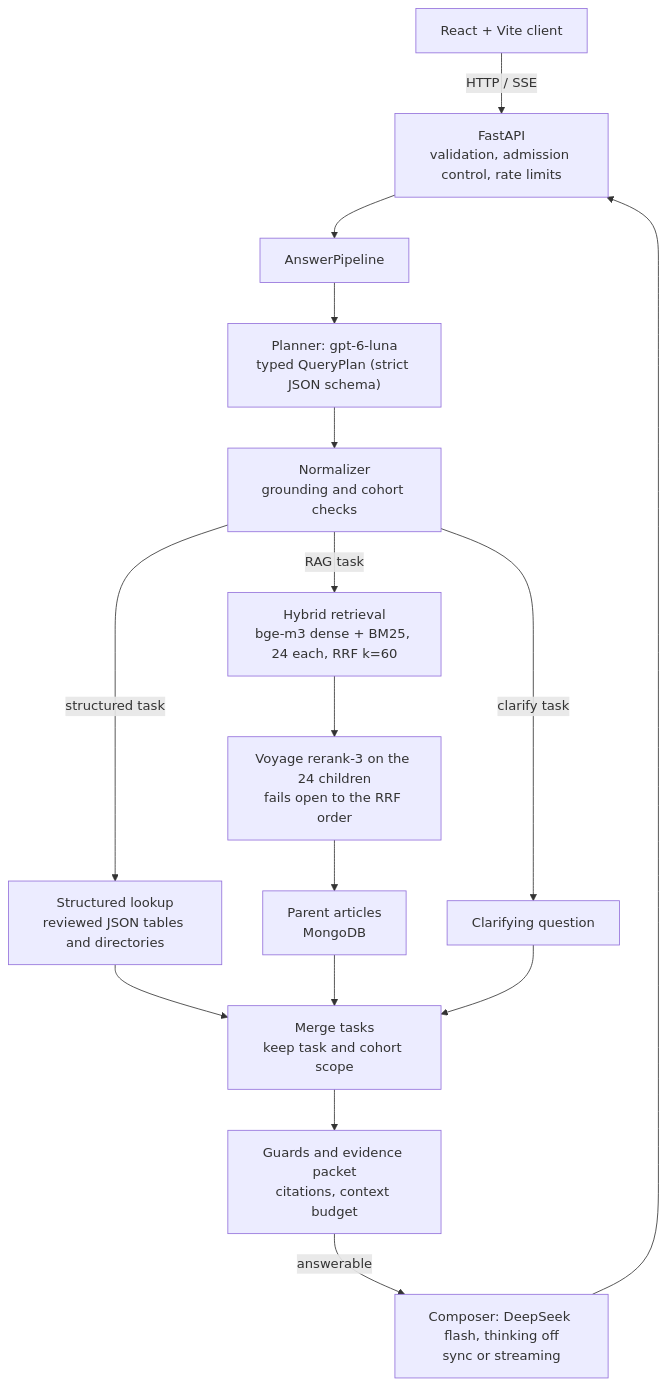
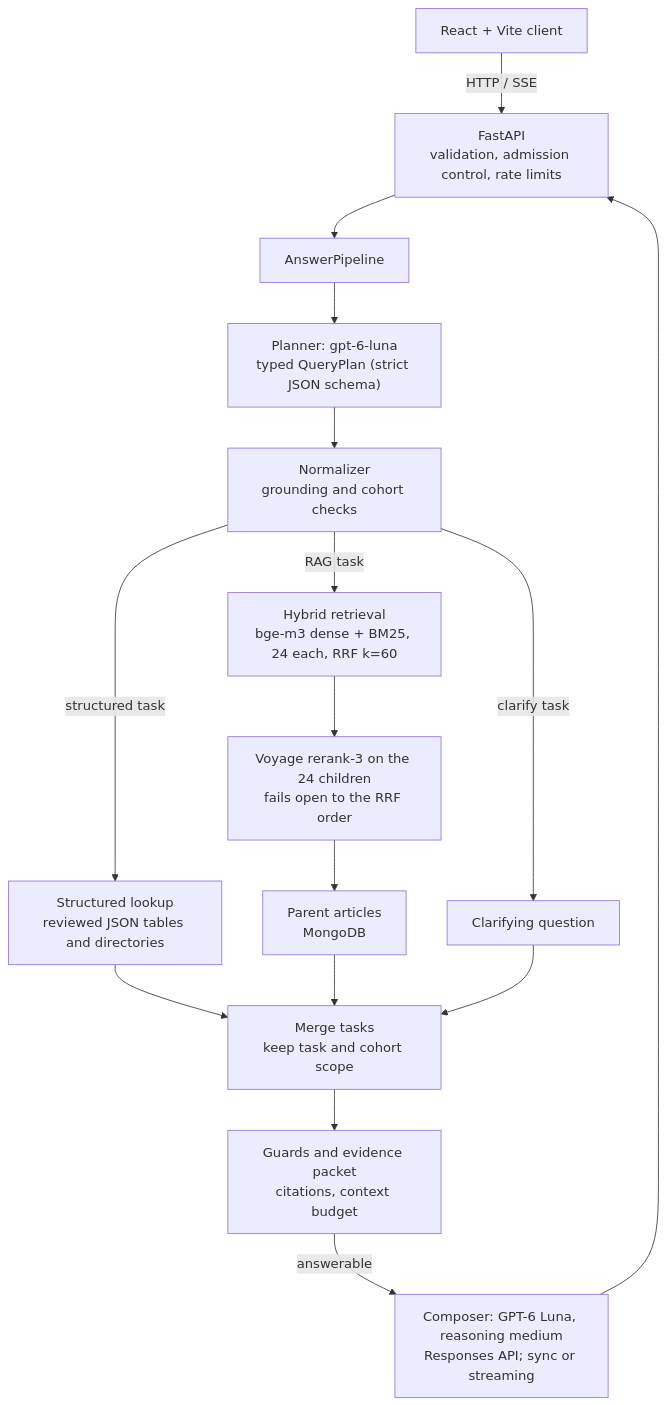
The first of 7 diagrams in README.md (AnhPhiNe/student-handbook-rag-chatbot), drawn with Mermaid before and after one commit. The commit also changed other lines of this file and 11 other files, not shown here.

First line of the commit message:
feat(composer): use Luna medium while preserving catalog referrals

````diff
--- a/README.md
+++ b/README.md
@@ -75,18 +75,18 @@
 ```mermaid
 flowchart TD
     UI["React + Vite client"] -->|"HTTP / SSE"| API["FastAPI<br/>validation, admission control, rate limits"]
     API --> Pipeline["AnswerPipeline"]
     Pipeline --> Planner["Planner: gpt-6-luna<br/>typed QueryPlan (strict JSON schema)"]
     Planner --> Normalizer["Normalizer<br/>grounding and cohort checks"]
     Normalizer -->|structured task| Lookup["Structured lookup<br/>reviewed JSON tables and directories"]
     Normalizer -->|RAG task| Retrieve["Hybrid retrieval<br/>bge-m3 dense + BM25, 24 each, RRF k=60"]
     Normalizer -->|clarify task| Clarify["Clarifying question"]
     Retrieve --> Rerank["Voyage rerank-3 on the 24 children<br/>fails open to the RRF order"]
     Rerank --> Parents["Parent articles<br/>MongoDB"]
     Lookup --> Merge["Merge tasks<br/>keep task and cohort scope"]
     Parents --> Merge
     Clarify --> Merge
     Merge --> Packet["Guards and evidence packet<br/>citations, context budget"]
-    Packet -->|answerable| Composer["Composer: DeepSeek flash, thinking off<br/>sync or streaming"]
+    Packet -->|answerable| Composer["Composer: GPT-6 Luna, reasoning medium<br/>Responses API; sync or streaming"]
     Composer --> API
 ```
````
